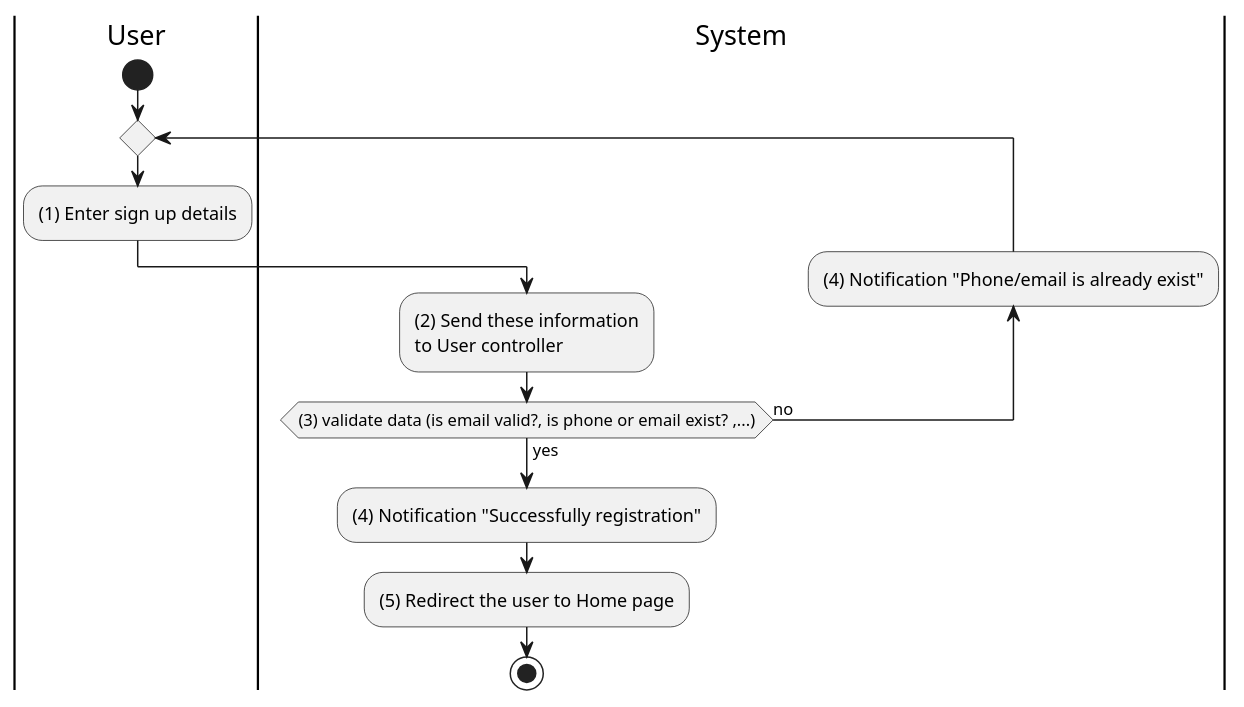
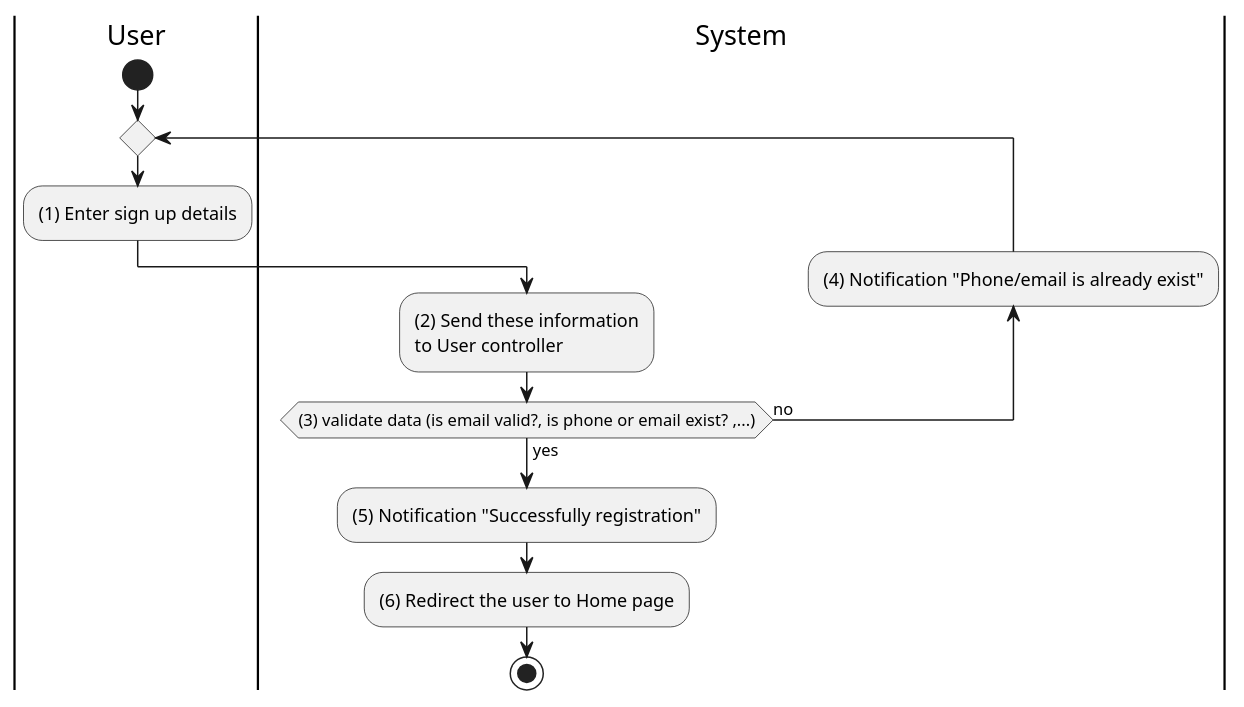
Before and after one commit to doublek2712/SE357-Pratice-class: the diagram in Lab 1.2/puml-code/activity/sign-up.puml, drawn with PlantUML. The commit also changed 1 other file, not shown here.

```diff
--- a/Lab 1.2/puml-code/activity/sign-up.puml
+++ b/Lab 1.2/puml-code/activity/sign-up.puml
@@ -1,14 +1,14 @@
 @startuml
 |User|
 start
 repeat 
 :(1) Enter sign up details;
 |System|
 :(2) Send these information
 to User controller;
 backward:(4) Notification "Phone/email is already exist";
 repeat while ((3) validate data (is email valid?, is phone or email exist? ,...)) is (no) not (yes)
-:(4) Notification "Successfully registration";
-:(5) Redirect the user to Home page;
+:(5) Notification "Successfully registration";
+:(6) Redirect the user to Home page;
 stop
 @enduml
```
